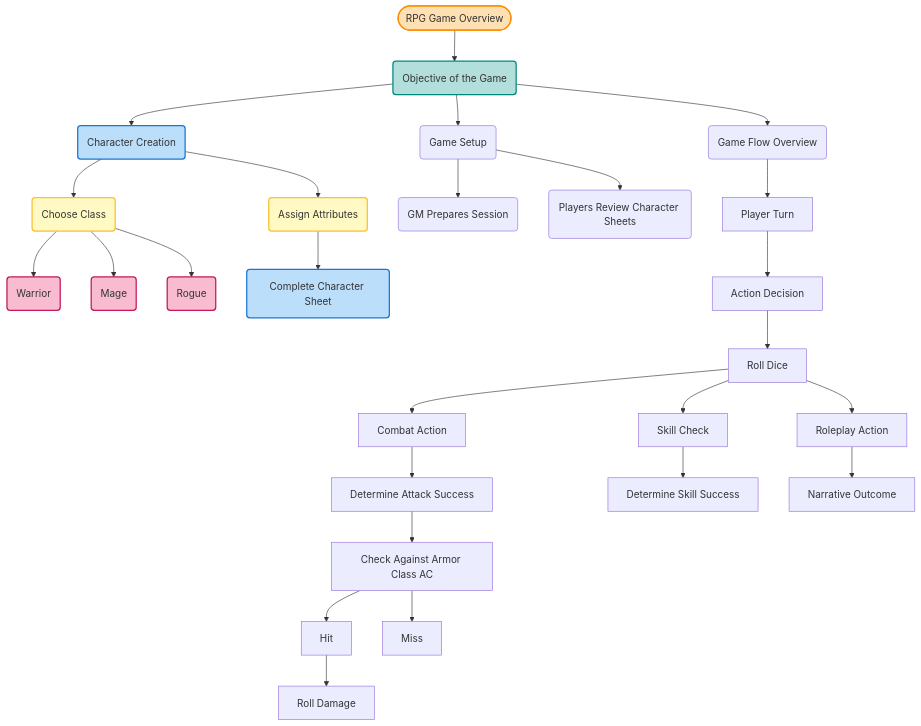
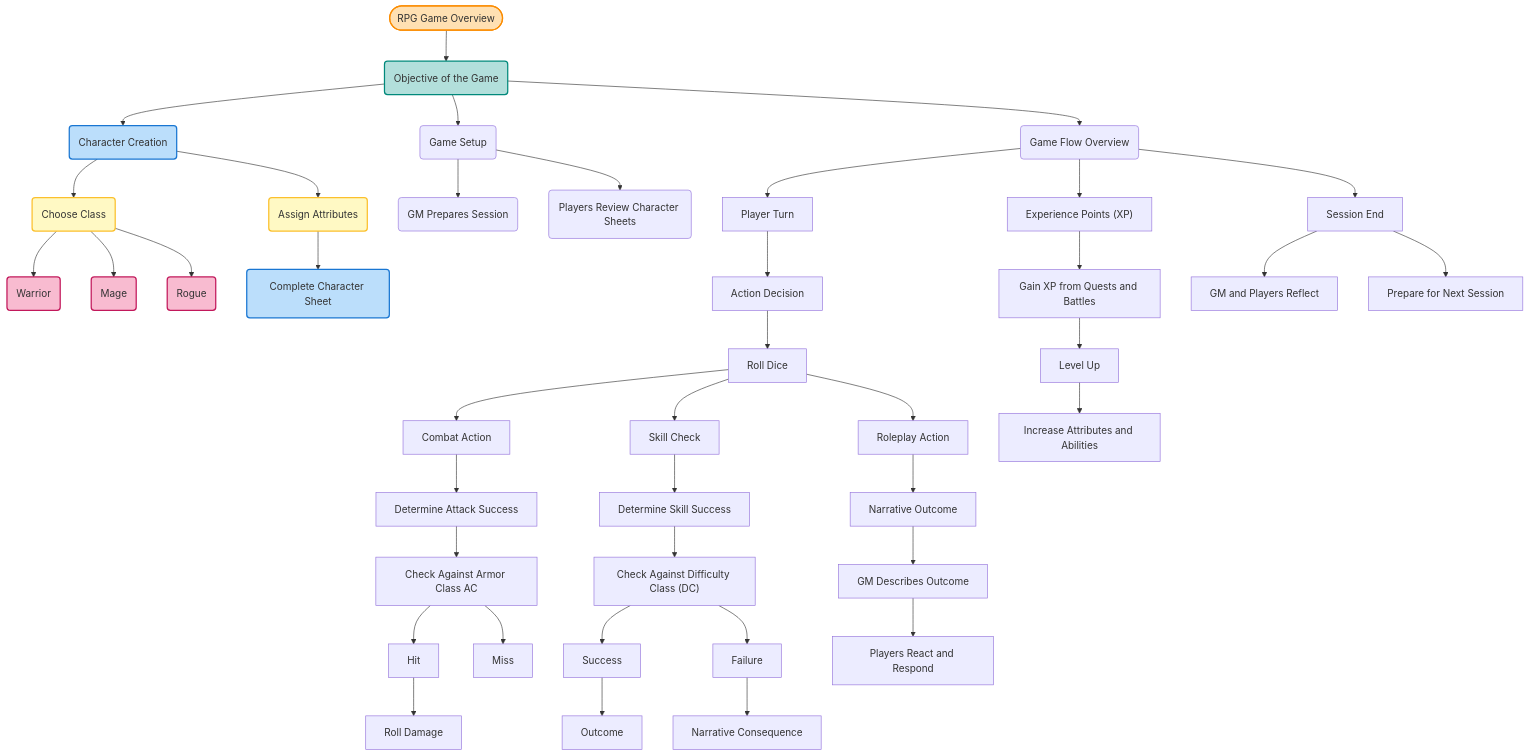
The diagram in docs/rpg_game_overview.md (alex-skarulis/BRAINS), drawn with Mermaid before and after one commit. The commit also changed other lines of this file, not shown here.

Commit message:
Additional RPG flowcharting

````diff
--- a/docs/rpg_game_overview.md
+++ b/docs/rpg_game_overview.md
@@ -1,59 +5,79 @@
 ```mermaid
 flowchart TD
 
 %% Start and Overview 
 A1(["RPG Game Overview"]):::orange
 A2("Objective of the Game"):::green
 A1 --> A2
 A2 --> B1
 
 %% Character Creation and Selection
 B1("Character Creation"):::blue
 
 B1 --> B2
 B2("Choose Class"):::yellow
 
 B2 --> B2a
 B2a("Warrior"):::pink
 
 B2 --> B2b
 B2b("Mage"):::pink
 
 B2 --> B2c
 B2c("Rogue"):::pink
 
 B3("Assign Attributes"):::yellow
 B4("Complete Character Sheet"):::blue
 
 %% Game Setup
 C1(Game Setup)
 C2(GM Prepares Session)
 
 B1 --> B3
 B3 --> B4
 A2 --> C1
 C1 --> C2
 C1 --> C3
 C3("Players Review Character Sheets")
 
 A2 --> D1("Game Flow Overview")
 D1 --> D2[Player Turn]
 D2 --> D3[Action Decision]
 D3 --> D4[Roll Dice]
 D4 --> D5a[Combat Action] --> D6a[Determine Attack Success]
 D4 --> D5b[Skill Check] --> D6b[Determine Skill Success]
 D4 --> D5c[Roleplay Action] --> D6c[Narrative Outcome]
 
 %% Combat Mechanics
 D6a --> E1[Check Against Armor Class AC]
 E1 --> E2[Hit] --> E3[Roll Damage]
 E1 --> E4[Miss]
 
+%% Skill Checks
+D6b --> F1["Check Against Difficulty Class (DC)"]
+F1 --> F2[Success] --> F3[Outcome]
+    F1 --> F4[Failure] --> F5[Narrative Consequence]
+
+    %% Roleplay and Storytelling
+    D6c --> G1[GM Describes Outcome]
+    G1 --> G2[Players React and Respond]
+
+    %% Leveling Up and Progression
+    D1 --> H1["Experience Points (XP)"]
+    H1 --> H2["Gain XP from Quests and Battles"]
+    H2 --> H3[Level Up]
+    H3 --> H4[Increase Attributes and Abilities]
+
+    %% Endgame and Session Wrap-up
+    D1 --> I1[Session End]
+    I1 --> I2[GM and Players Reflect]
+    I1 --> I3[Prepare for Next Session]
+
 %% Styling
 classDef green fill:#B2DFDB,stroke:#00897B,stroke-width:2px;
 classDef orange fill:#FFE0B2,stroke:#FB8C00,stroke-width:2px;
 classDef blue fill:#BBDEFB,stroke:#1976D2,stroke-width:2px;
 classDef yellow fill:#FFF9C4,stroke:#FBC02D,stroke-width:2px;
 classDef pink fill:#F8BBD0,stroke:#C2185B,stroke-width:2px;
 classDef purple fill:#E1BEE7,stroke:#8E24AA,stroke-width:2px;
 ```
````
